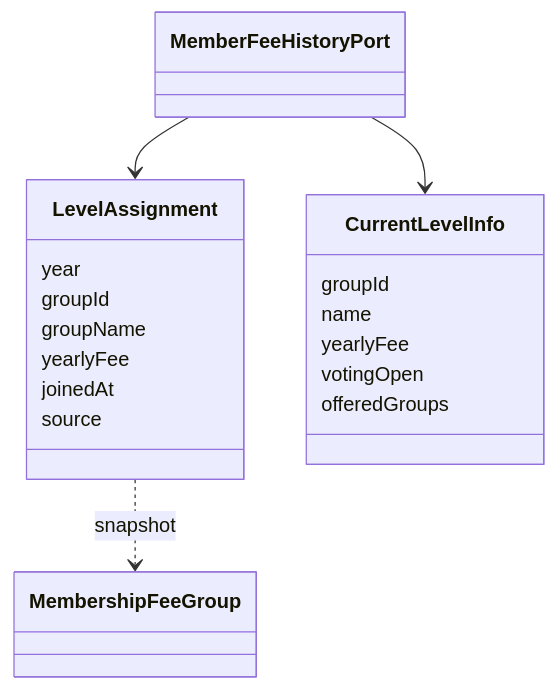
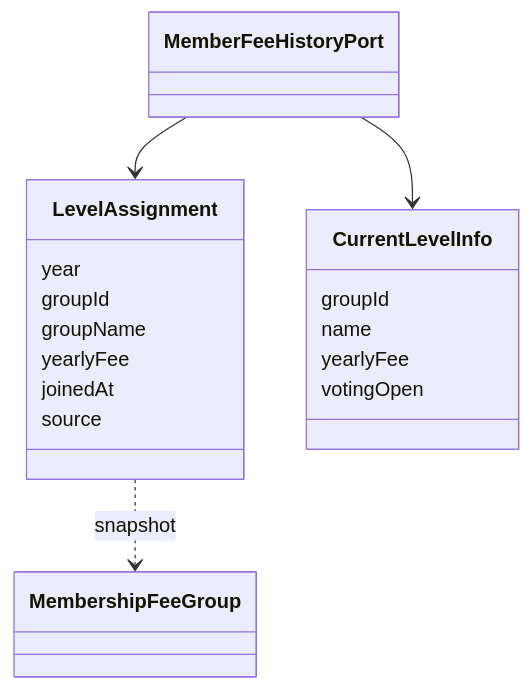
One commit to zabiny/klabis changed the diagram in openspec/changes/membership-fee-type-member-page/design.md. Above: the diagram before and after it, drawn with Mermaid. The commit also changed other lines of this file and 2 other files, not shown here.

````diff
--- a/openspec/changes/membership-fee-type-member-page/design.md
+++ b/openspec/changes/membership-fee-type-member-page/design.md
@@ -56,22 +60,21 @@
 ```mermaid
 classDiagram
     class MemberFeeHistoryPort
     class LevelAssignment {
         year
         groupId
         groupName
         yearlyFee
         joinedAt
         source
     }
     class CurrentLevelInfo {
         groupId
         name
         yearlyFee
         votingOpen
-        offeredGroups
     }
     MemberFeeHistoryPort --> LevelAssignment
     MemberFeeHistoryPort --> CurrentLevelInfo
     LevelAssignment ..> MembershipFeeGroup : snapshot
 ```
````
